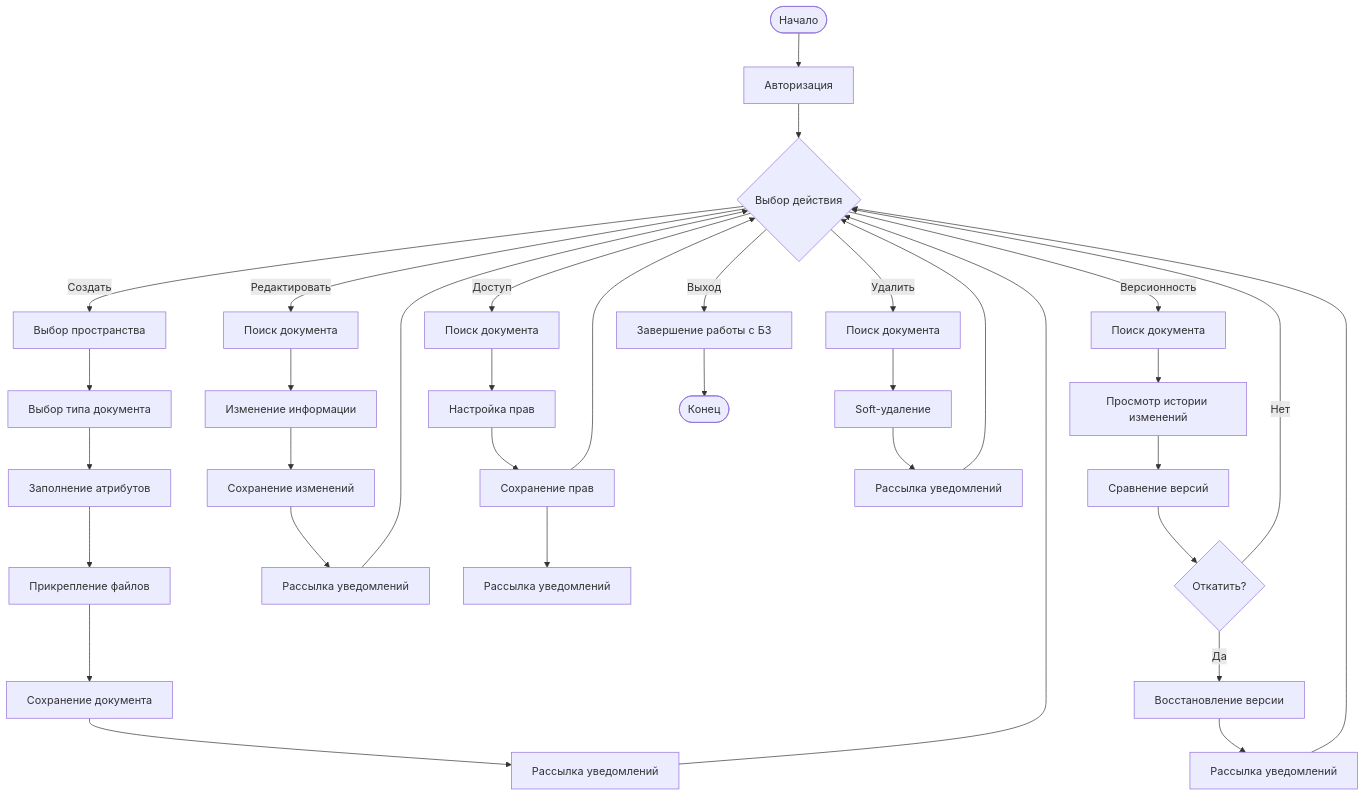
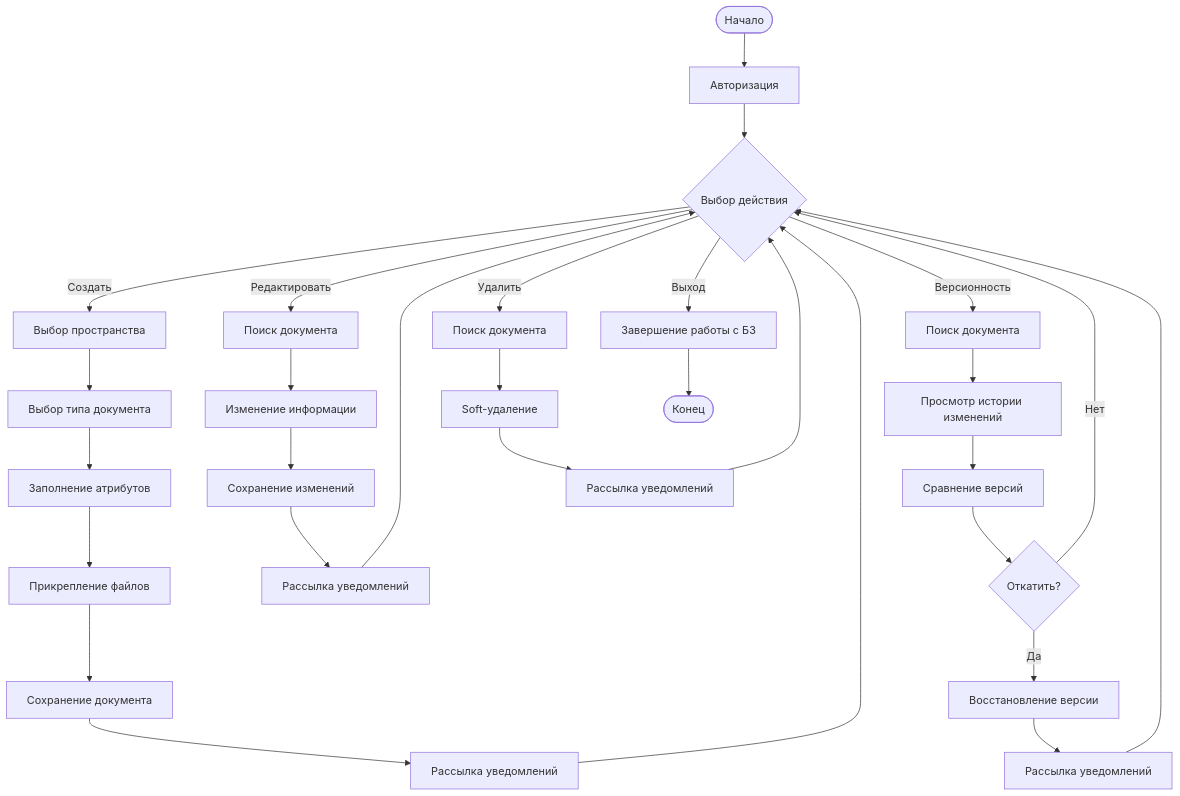
One commit to C23-501-SoftDev/Docs changed the second of 4 diagrams in base-requirements.md. Above: the diagram before and after it, drawn with Mermaid. The commit also changed other lines of this file and 6 other files, not shown here.

````diff
--- a/base-requirements.md
+++ b/base-requirements.md
@@ -112,42 +113,36 @@
 ```mermaid
 graph TD
     Start([Начало]) --> Login[Авторизация]
     Login --> Action{Выбор действия}
     
     Action -->|Создать| SelectSpace[Выбор пространства]
     SelectSpace --> Create[Выбор типа документа]
     Create --> Fill[Заполнение атрибутов]
     Fill --> Attach[Прикрепление файлов]
     Attach --> SaveNew[Сохранение документа]
     SaveNew --> SendNotifyNew[Рассылка уведомлений]
     SendNotifyNew --> Action
     
     Action -->|Редактировать| Find[Поиск документа]
     Find --> Edit[Изменение информации]
     Edit --> SaveEdit[Сохранение изменений]
     SaveEdit --> SendNotifyEdit[Рассылка уведомлений]
     SendNotifyEdit --> Action
     
-    Action -->|Доступ| FindAccess[Поиск документа]
-    FindAccess --> SetAccess[Настройка прав]
-    SetAccess --> SaveAccess[Сохранение прав]
-    SaveAccess --> SendNotifyAccess[Рассылка уведомлений]
-    SaveAccess --> Action
-    
     Action -->|Версионность| FindVer[Поиск документа]
     FindVer --> ViewHist[Просмотр истории изменений]
     ViewHist --> Compare[Сравнение версий]
     Compare --> Restore{Откатить?}
     Restore -->|Да| DoRestore[Восстановление версии]
     Restore -->|Нет| Action
     DoRestore --> SendNotifyRestore[Рассылка уведомлений]
     SendNotifyRestore --> Action
 
     Action -->|Удалить| FindDel[Поиск документа]
     FindDel --> SoftDelete[Soft-удаление]
     SoftDelete --> SendNotifyDel[Рассылка уведомлений]
     SendNotifyDel --> Action
     
     Action -->|Выход| Logout[Завершение работы с БЗ]
     Logout --> End([Конец])
 ```
````
